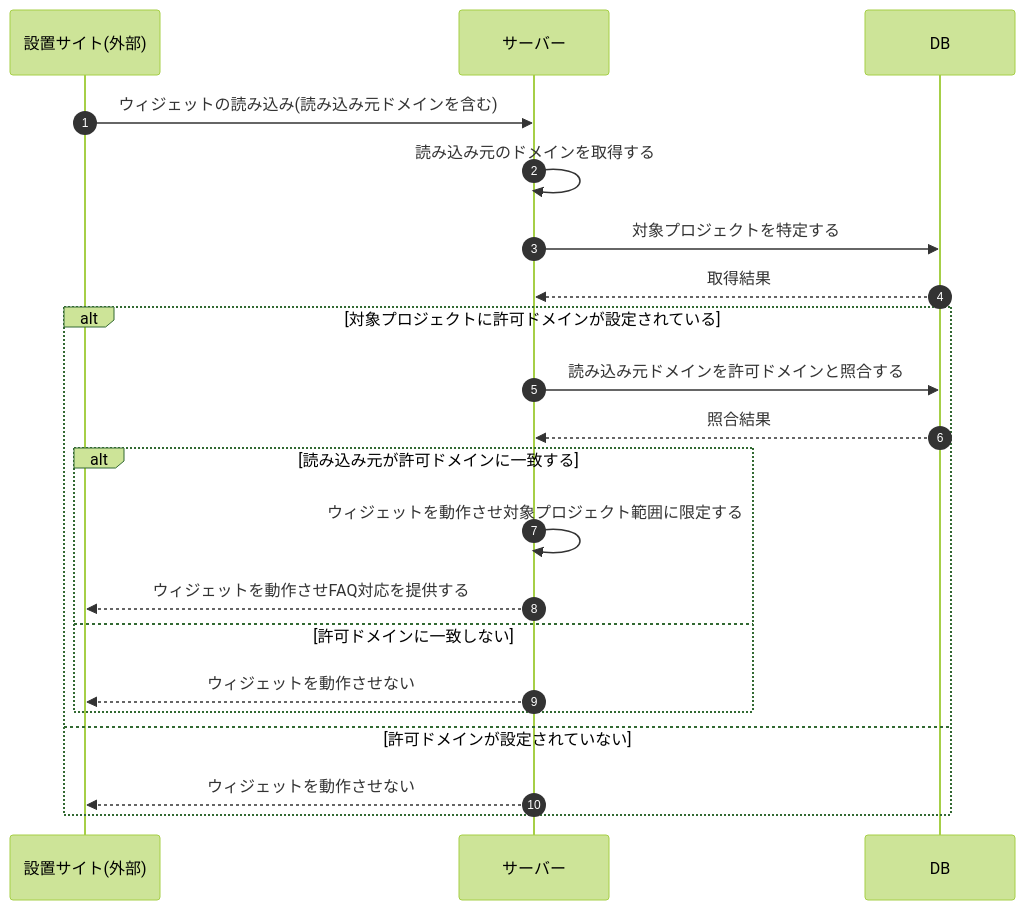
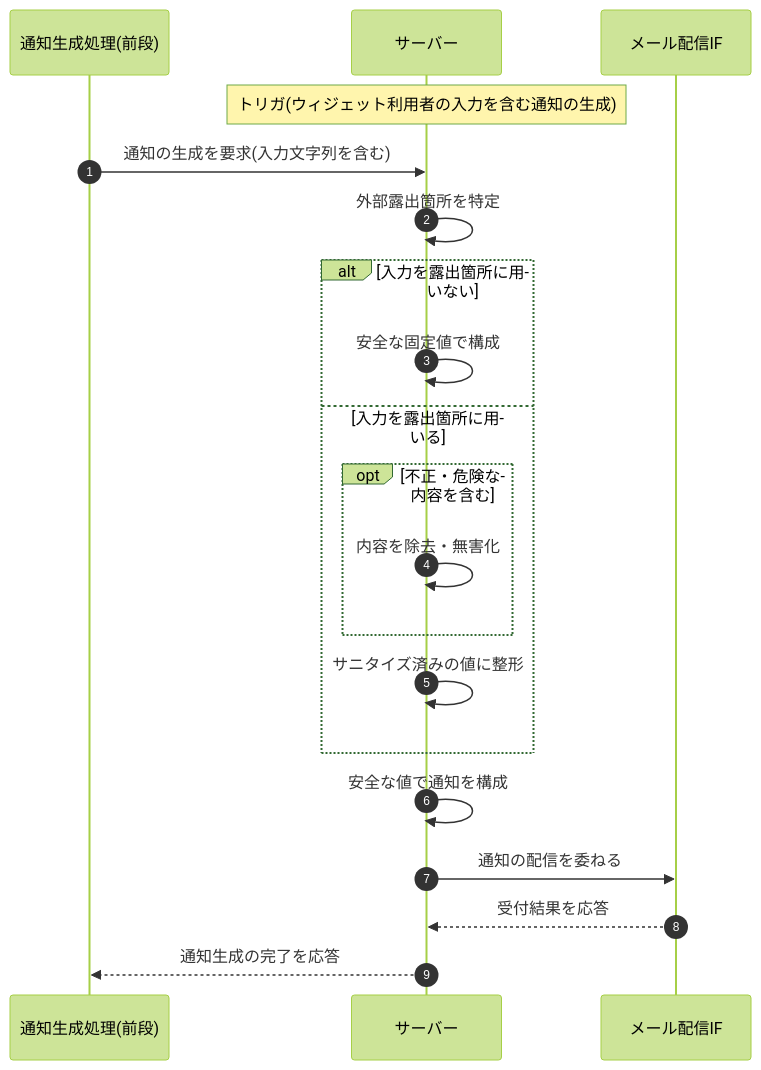
Before and after one commit to sikakou54/open-faq: the diagram in 02_basic_design/03_sequences/SEQ-114.md, drawn with Mermaid (forest theme). The commit also changed other lines of this file and 395 other files, not shown here.

````diff
--- a/02_basic_design/03_sequences/SEQ-114.md
+++ b/02_basic_design/03_sequences/SEQ-114.md
@@ -25,23 +25,22 @@
 ```mermaid
 sequenceDiagram
   autonumber
-  participant Site as 設置サイト(外部)
+  participant T as 通知生成処理(前段)
   participant Server as サーバー
-  participant DB as DB
-  Site->>Server: ウィジェットの読み込み(読み込み元ドメインを含む)
-  Server->>Server: 読み込み元のドメインを取得する
-  Server->>DB: 対象プロジェクトを特定する
-  DB-->>Server: 取得結果
-  alt 対象プロジェクトに許可ドメインが設定されている
-    Server->>DB: 読み込み元ドメインを許可ドメインと照合する
-    DB-->>Server: 照合結果
-    alt 読み込み元が許可ドメインに一致する
-      Server->>Server: ウィジェットを動作させ対象プロジェクト範囲に限定する
-      Server-->>Site: ウィジェットを動作させFAQ対応を提供する
-    else 許可ドメインに一致しない
-      Server-->>Site: ウィジェットを動作させない
+  participant API as メール配信IF
+  Note over Server: トリガ(ウィジェット利用者の入力を含む通知の生成)
+  T->>Server: 通知の生成を要求(入力文字列を含む)
+  Server->>Server: 外部露出箇所を特定
+  alt 入力を露出箇所に用いない
+    Server->>Server: 安全な固定値で構成
+  else 入力を露出箇所に用いる
+    opt 不正・危険な内容を含む
+      Server->>Server: 内容を除去・無害化
     end
-  else 許可ドメインが設定されていない
-    Server-->>Site: ウィジェットを動作させない
+    Server->>Server: サニタイズ済みの値に整形
   end
+  Server->>Server: 安全な値で通知を構成
+  Server->>API: 通知の配信を委ねる
+  API-->>Server: 受付結果を応答
+  Server-->>T: 通知生成の完了を応答
 ```
````
